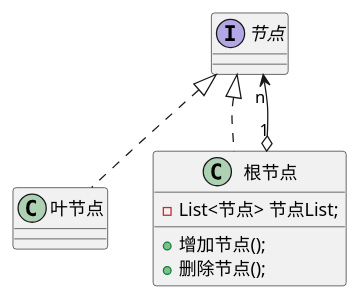
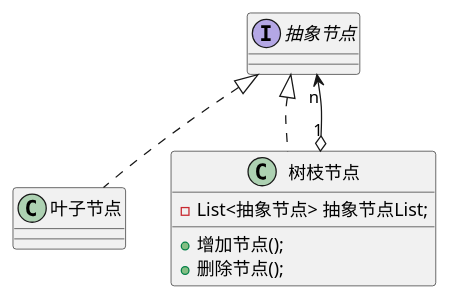
The diagram in src/main/java/com/kco/pattern/composite/组合模式1.puml (kco1989/examples), drawn with PlantUML before and after one commit. The commit also changed 13 other files, not shown here.

```diff
--- a/src/main/java/com/kco/pattern/composite/组合模式1.puml
+++ b/src/main/java/com/kco/pattern/composite/组合模式1.puml
@@ -1,14 +1,14 @@
 @startuml
 
-interface 节点
-class 叶节点
-class 根节点{
-   - List<节点> 节点List;
+interface 抽象节点
+class 叶子节点
+class 树枝节点{
+   - List<抽象节点> 抽象节点List;
    + 增加节点();
    + 删除节点();
 }
 
-叶节点 -u.|> 节点
-根节点 -u.|> 节点
-根节点 "1" o--> "n" 节点
+叶子节点 -u.|> 抽象节点
+树枝节点 -u.|> 抽象节点
+树枝节点 "1" o--> "n" 抽象节点
 @enduml
```
